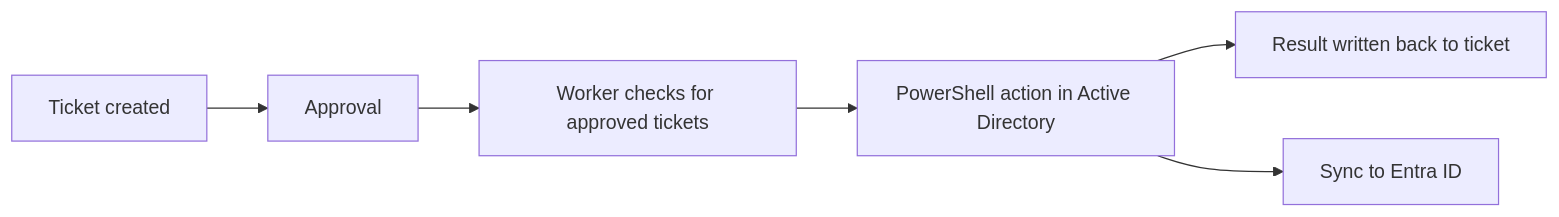
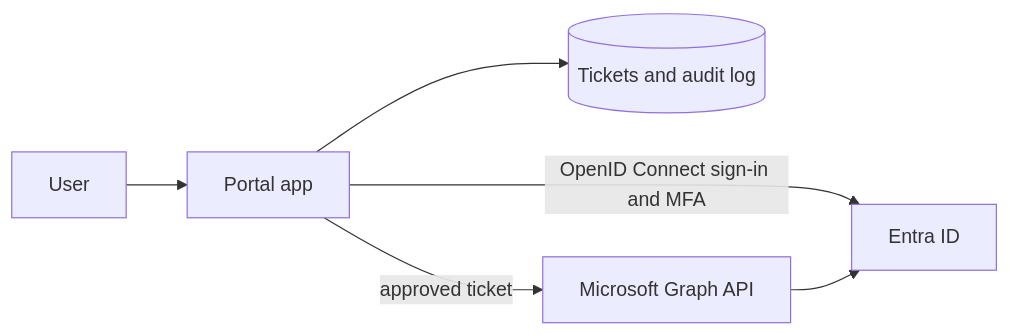
The diagram in README.md (zaheenqrahman/Hybrid-Identity-Lifecycle-Automation-System), drawn with Mermaid before and after one commit. The commit also changed other lines of this file, not shown here.

Commit message:
Update README with unified IAM and help desk portal project overview

````diff
--- a/README.md
+++ b/README.md
@@ -55,8 +46,8 @@
 ```mermaid
 flowchart LR
-    A[Ticket created] --> B[Approval]
-    B --> C[Worker checks for approved tickets]
-    C --> D[PowerShell action in Active Directory]
-    D --> E[Result written back to ticket]
-    D --> F[Sync to Entra ID]
+    U[User] --> A[Portal app]
+    A -->|OpenID Connect sign-in and MFA| E[Entra ID]
+    A --> T[(Tickets and audit log)]
+    A -->|approved ticket| G[Microsoft Graph API]
+    G --> E
 ```
````
